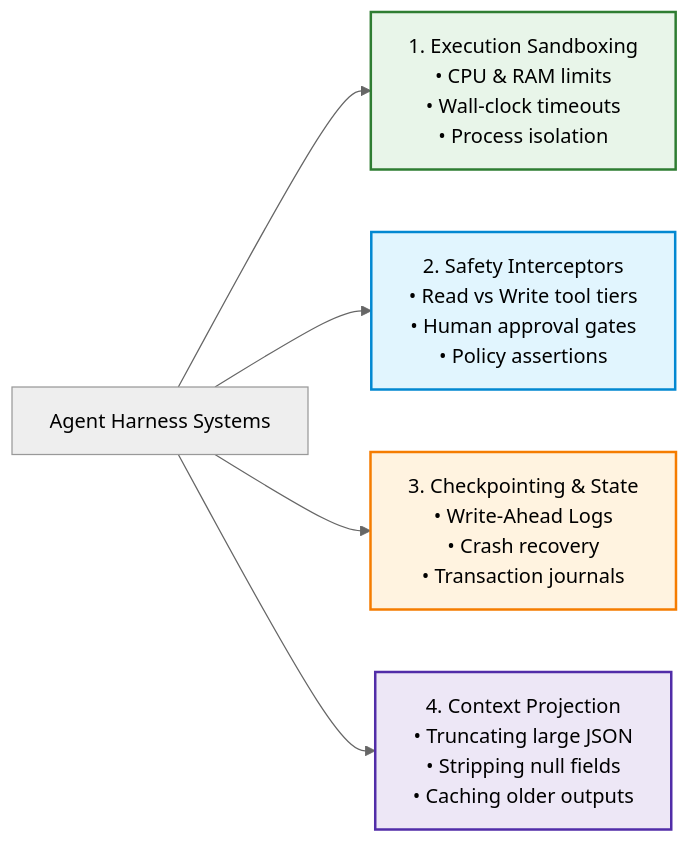
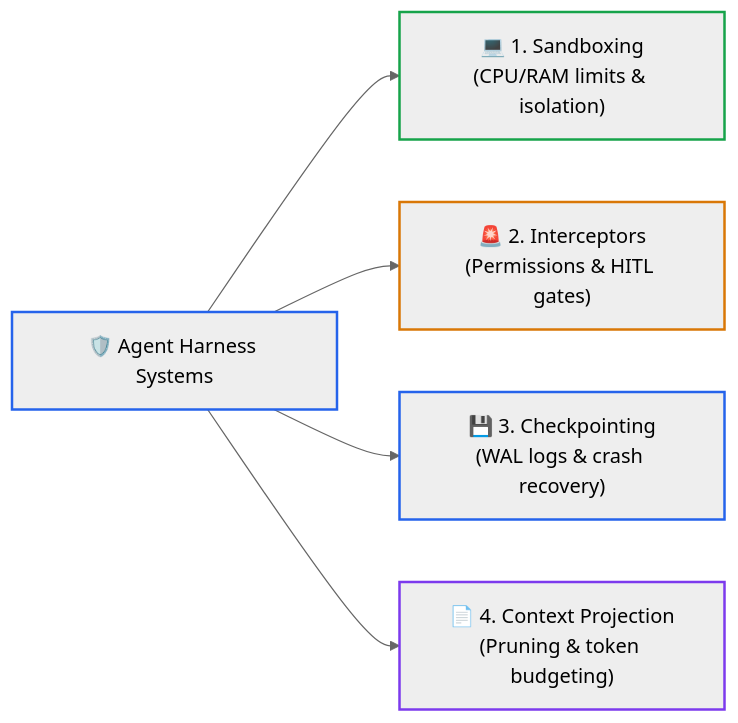
The third of 5 diagrams in 04-agentic-systems-and-orchestration/02-react-loops-and-execution-governors.md (dip4k/senior-engineer-to-ai-engineer-roadmap), drawn with Mermaid (neutral theme) before and after one commit. The commit also changed other lines of this file and 94 other files, not shown here.

Commit message:
refactor(curriculum): complete Phase 04 upgrade and enforce diagram renderer invariants

````diff
--- a/04-agentic-systems-and-orchestration/02-react-loops-and-execution-governors.md
+++ b/04-agentic-systems-and-orchestration/02-react-loops-and-execution-governors.md
@@ -85,12 +103,13 @@
 ```mermaid
 flowchart LR
-    classDef c1 fill:#e8f5e9,stroke:#2e7d32,stroke-width:2px;
-    classDef c2 fill:#e1f5fe,stroke:#0288d1,stroke-width:2px;
-    classDef c3 fill:#fff3e0,stroke:#f57c00,stroke-width:2px;
-    classDef c4 fill:#ede7f6,stroke:#512da8,stroke-width:2px;
+    H_Core["🛡️ Agent Harness Systems"] --> C1["💻 1. Sandboxing<br>(CPU/RAM limits & isolation)"]
+    H_Core --> C2["🚨 2. Interceptors<br>(Permissions & HITL gates)"]
+    H_Core --> C3["💾 3. Checkpointing<br>(WAL logs & crash recovery)"]
+    H_Core --> C4["📄 4. Context Projection<br>(Pruning & token budgeting)"]
 
-    H_Core["Agent Harness Systems"] --> C1["1. Execution Sandboxing\n• CPU & RAM limits\n• Wall-clock timeouts\n• Process isolation"]:::c1
-    H_Core --> C2["2. Safety Interceptors\n• Read vs Write tool tiers\n• Human approval gates\n• Policy assertions"]:::c2
-    H_Core --> C3["3. Checkpointing & State\n• Write-Ahead Logs\n• Crash recovery\n• Transaction journals"]:::c3
-    H_Core --> C4["4. Context Projection\n• Truncating large JSON\n• Stripping null fields\n• Caching older outputs"]:::c4
+    style H_Core stroke:#2563eb,stroke-width:2px
+    style C1 stroke:#16a34a,stroke-width:2px
+    style C2 stroke:#d97706,stroke-width:2px
+    style C3 stroke:#2563eb,stroke-width:2px
+    style C4 stroke:#7c3aed,stroke-width:2px
 ```
````
